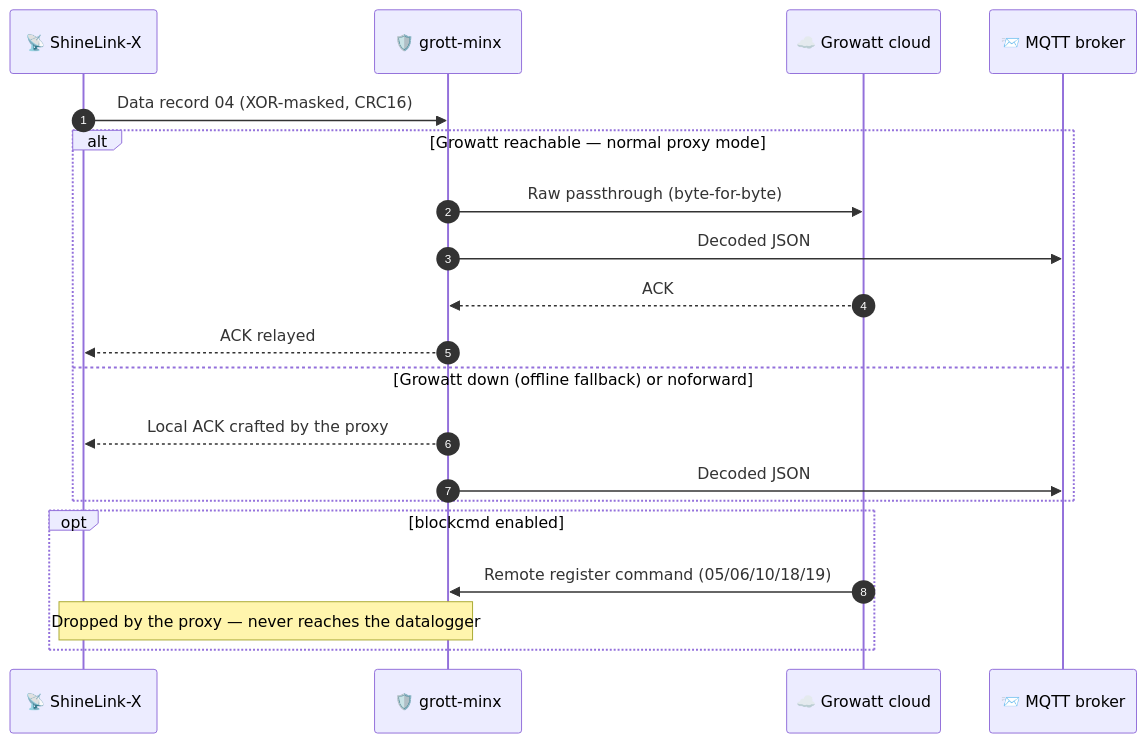
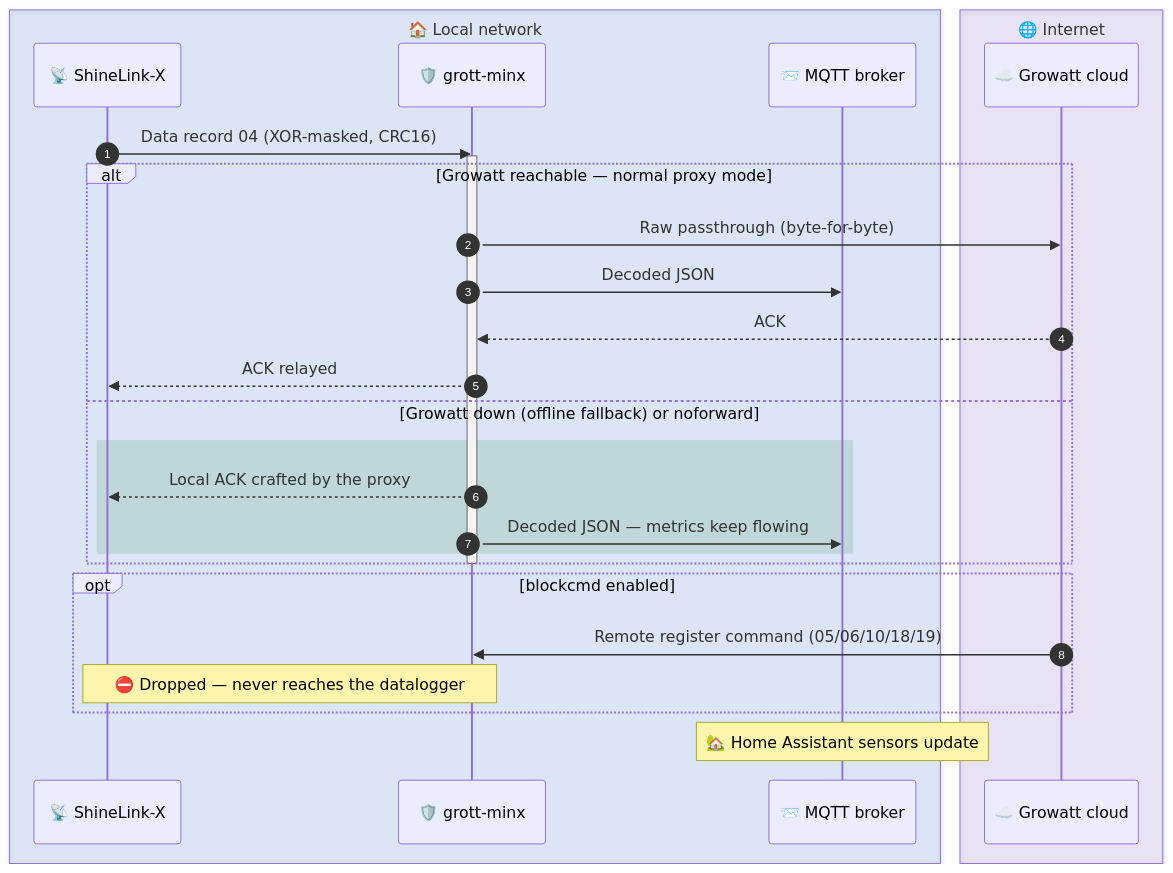
The second of 2 diagrams in README.md (dberrocal-git/grott-minx), drawn with Mermaid before and after one commit. The commit also changed other lines of this file, not shown here.

Commit message:
README: polish diagrams (flow-colored edges, shaped nodes, zone boxes, activation bar, tinted fallback branch)

````diff
--- a/README.md
+++ b/README.md
@@ -121,23 +125,32 @@
 ```mermaid
 sequenceDiagram
     autonumber
-    participant DL as 📡 ShineLink-X
-    participant PX as 🛡️ grott-minx
-    participant GW as ☁️ Growatt cloud
-    participant MQ as 📨 MQTT broker
+    box rgba(31,111,235,0.12) 🏠 Local network
+        participant DL as 📡 ShineLink-X
+        participant PX as 🛡️ grott-minx
+        participant MQ as 📨 MQTT broker
+    end
+    box rgba(137,87,229,0.12) 🌐 Internet
+        participant GW as ☁️ Growatt cloud
+    end
 
     DL->>PX: Data record 04 (XOR-masked, CRC16)
+    activate PX
     alt Growatt reachable — normal proxy mode
         PX->>GW: Raw passthrough (byte-for-byte)
         PX->>MQ: Decoded JSON
         GW-->>PX: ACK
         PX-->>DL: ACK relayed
     else Growatt down (offline fallback) or noforward
-        PX-->>DL: Local ACK crafted by the proxy
-        PX->>MQ: Decoded JSON
+        rect rgba(35,134,54,0.15)
+            PX-->>DL: Local ACK crafted by the proxy
+            PX->>MQ: Decoded JSON — metrics keep flowing
+        end
     end
+    deactivate PX
     opt blockcmd enabled
         GW->>PX: Remote register command (05/06/10/18/19)
-        Note over PX,DL: Dropped by the proxy — never reaches the datalogger
+        Note over DL,PX: ⛔ Dropped — never reaches the datalogger
     end
+    Note over MQ: 🏡 Home Assistant sensors update
 ```
````
